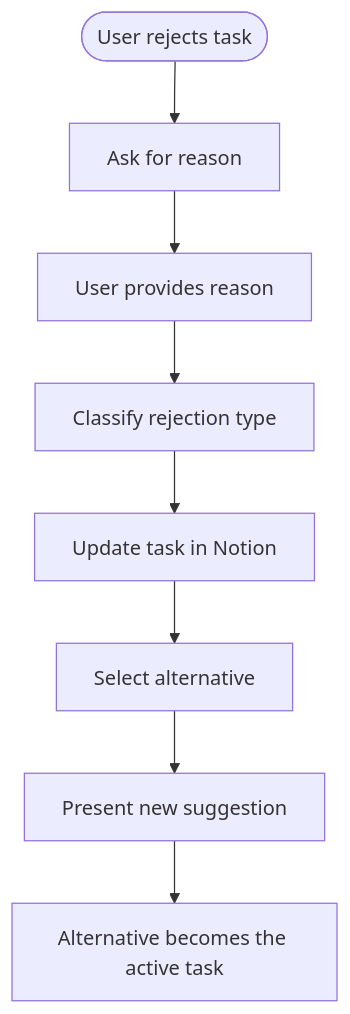
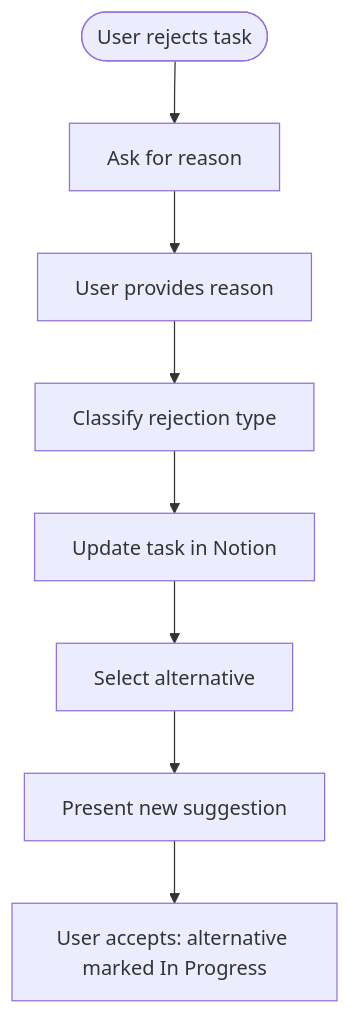
The first of 2 diagrams in docs/ai-prompts/rejection.md (NickBorgersProbably/hide-my-list), drawn with Mermaid before and after one commit. The commit also changed other lines of this file and 18 other files, not shown here.

````diff
--- a/docs/ai-prompts/rejection.md
+++ b/docs/ai-prompts/rejection.md
@@ -7,10 +7,10 @@
 ```mermaid
 flowchart TD
     Reject([User rejects task]) --> Ask[Ask for reason]
     Ask --> Reason[User provides reason]
     Reason --> Classify[Classify rejection type]
     Classify --> Update[Update task in Notion]
     Update --> Reselect[Select alternative]
     Reselect --> Present[Present new suggestion]
-    Present --> Activate[Alternative becomes the active task]
+    Present --> Accept[User accepts: alternative marked In Progress]
 ```
````
